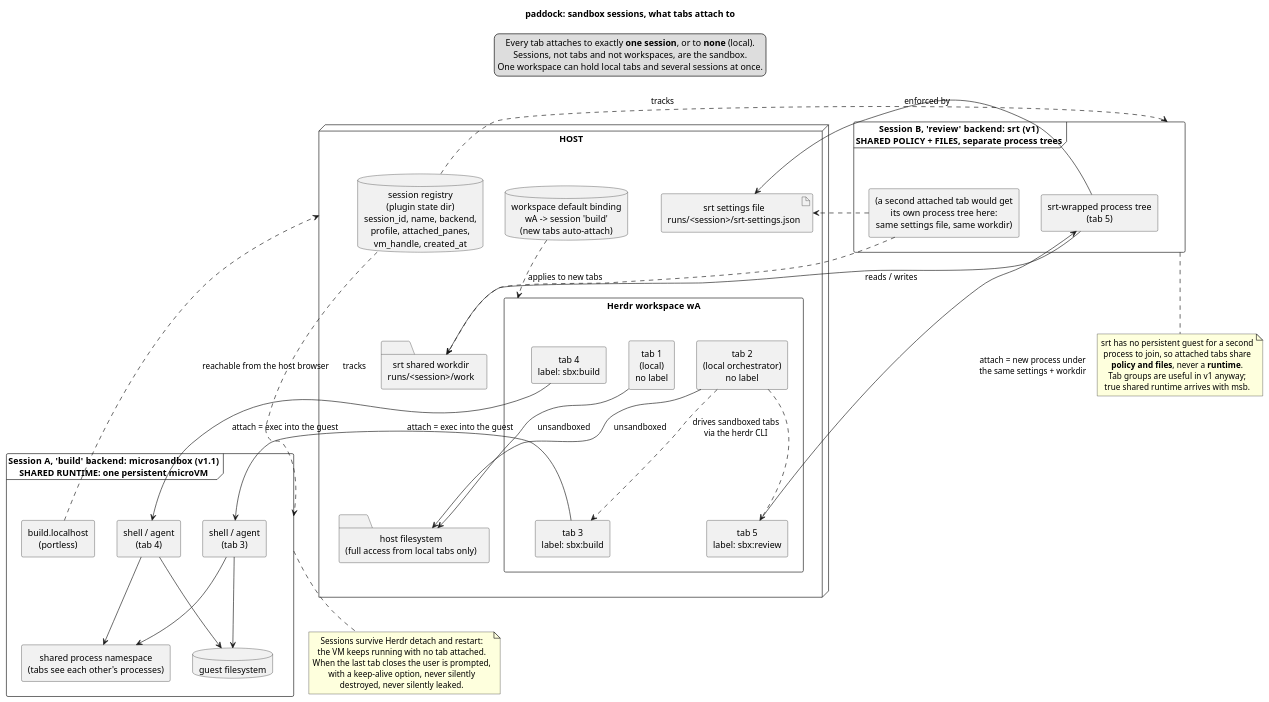
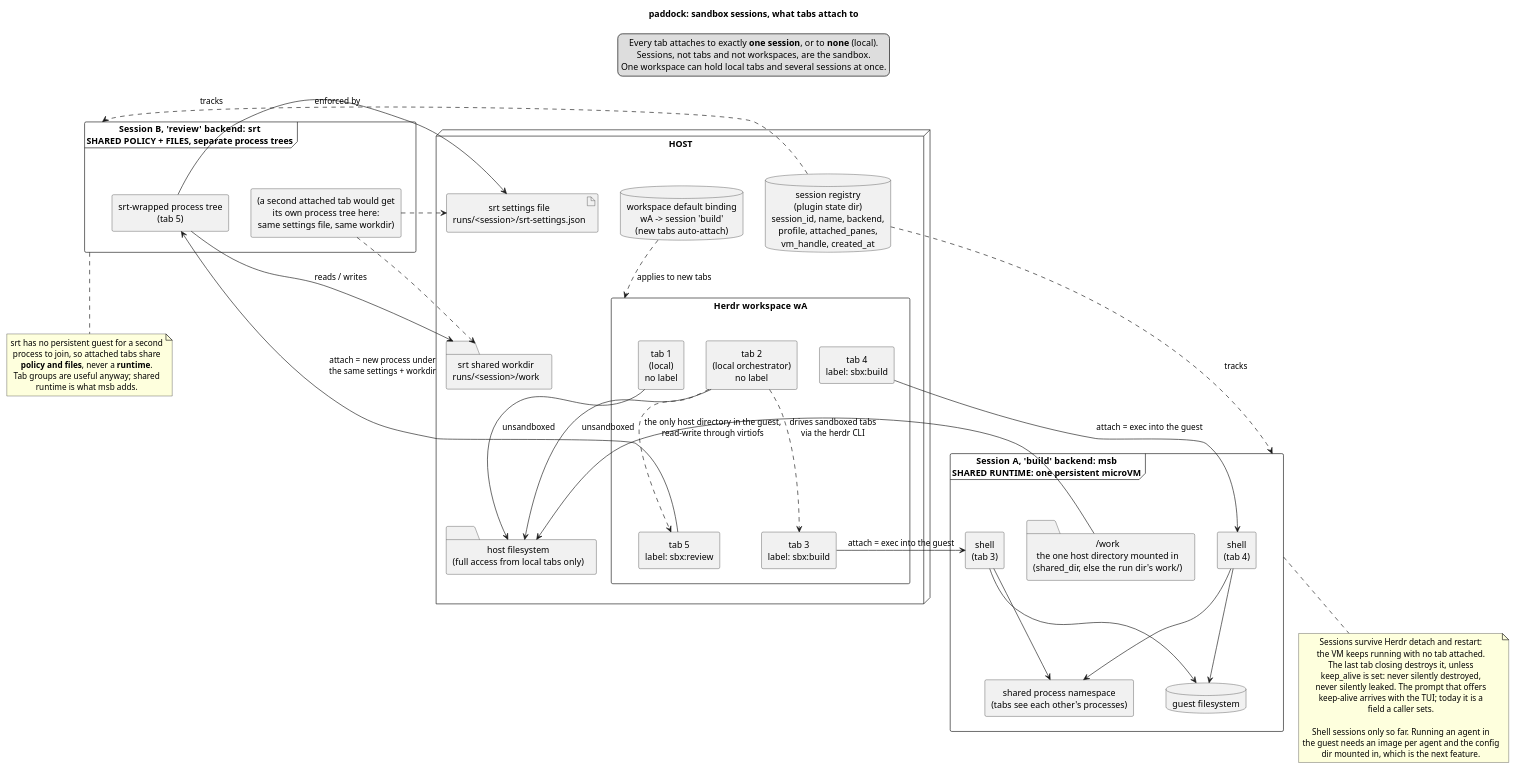
One commit to paddock-sh/paddock changed the diagram in docs/diagrams/scoping_model.puml. Above: the diagram before and after it, drawn with PlantUML. The commit also changed 11 other files, not shown here.

First line of the commit message:
fix: a session that cannot open a tab does not survive the attempt

```diff
--- a/docs/diagrams/scoping_model.puml
+++ b/docs/diagrams/scoping_model.puml
@@ -1,87 +1,93 @@
 @startuml scoping_model
 title paddock: sandbox sessions, what tabs attach to
 
 skinparam componentStyle rectangle
 skinparam shadowing false
 skinparam defaultTextAlignment center
 
 legend top
   Every tab attaches to exactly **one session**, or to **none** (local).
   Sessions, not tabs and not workspaces, are the sandbox.
   One workspace can hold local tabs and several sessions at once.
 endlegend
 
 node "HOST" as Host {
 
   component "Herdr workspace  wA" as Ws {
     component "tab 1\n(local)\nno label" as T1
     component "tab 2\n(local orchestrator)\nno label" as T2
     component "tab 3\nlabel: sbx:build" as T3
     component "tab 4\nlabel: sbx:build" as T4
     component "tab 5\nlabel: sbx:review" as T5
   }
 
   database "session registry\n(plugin state dir)\nsession_id, name, backend,\nprofile, attached_panes,\nvm_handle, created_at" as Registry
 
   database "workspace default binding\nwA -> session 'build'\n(new tabs auto-attach)" as Binding
 
   folder "host filesystem\n(full access from local tabs only)" as HostFs
 
   folder "srt shared workdir\nruns/<session>/work" as SrtWork
   artifact "srt settings file\nruns/<session>/srt-settings.json" as SrtSettings
 }
 
-frame "Session A, 'build'   backend: microsandbox (v1.1)\nSHARED RUNTIME: one persistent microVM" as SessionA {
-  component "shell / agent\n(tab 3)" as G3
-  component "shell / agent\n(tab 4)" as G4
+frame "Session A, 'build'   backend: msb\nSHARED RUNTIME: one persistent microVM" as SessionA {
+  component "shell\n(tab 3)" as G3
+  component "shell\n(tab 4)" as G4
   database "guest filesystem" as GuestFs
   component "shared process namespace\n(tabs see each other's processes)" as GuestProcs
-  component "build.localhost\n(portless)" as Portless
+  folder "/work\nthe one host directory mounted in\n(shared_dir, else the run dir's work/)" as GuestWork
 }
 
-frame "Session B, 'review'   backend: srt (v1)\nSHARED POLICY + FILES, separate process trees" as SessionB {
+frame "Session B, 'review'   backend: srt\nSHARED POLICY + FILES, separate process trees" as SessionB {
   component "srt-wrapped process tree\n(tab 5)" as P5
   component "(a second attached tab would get\nits own process tree here:\nsame settings file, same workdir)" as P6
 }
 
 T1 --> HostFs : unsandboxed
 T2 --> HostFs : unsandboxed
 T2 ..> T3 : drives sandboxed tabs\nvia the herdr CLI
 T2 ..> T5
 
 T3 --> G3 : attach = exec into the guest
 T4 --> G4 : attach = exec into the guest
 G3 --> GuestFs
 G4 --> GuestFs
 G3 --> GuestProcs
 G4 --> GuestProcs
-Portless ..> Host : reachable from the host browser
+GuestWork --> HostFs : the only host directory in the guest,\nread-write through virtiofs
 
 T5 --> P5 : attach = new process under\nthe same settings + workdir
 P5 --> SrtSettings : enforced by
 P6 ..> SrtSettings
 P5 --> SrtWork : reads / writes
 P6 ..> SrtWork
 SrtWork -[hidden]- HostFs
 
 Registry ..> SessionA : tracks
 Registry ..> SessionB : tracks
 Binding ..> Ws : applies to new tabs
 
 note bottom of SessionA
   Sessions survive Herdr detach and restart:
   the VM keeps running with no tab attached.
-  When the last tab closes the user is prompted,
-  with a keep-alive option, never silently
-  destroyed, never silently leaked.
+  The last tab closing destroys it, unless
+  keep_alive is set: never silently destroyed,
+  never silently leaked. The prompt that offers
+  keep-alive arrives with the TUI; today it is a
+  field a caller sets.
+
+  Shell sessions only so far. Running an agent in
+  the guest needs an image per agent and the config
+  dir mounted in, which is the next feature.
 end note
 
 note bottom of SessionB
   srt has no persistent guest for a second
   process to join, so attached tabs share
   **policy and files**, never a **runtime**.
-  Tab groups are useful in v1 anyway;
-  true shared runtime arrives with msb.
+  Tab groups are useful anyway; shared
+  runtime is what msb adds.
 end note
 
 @enduml
```
